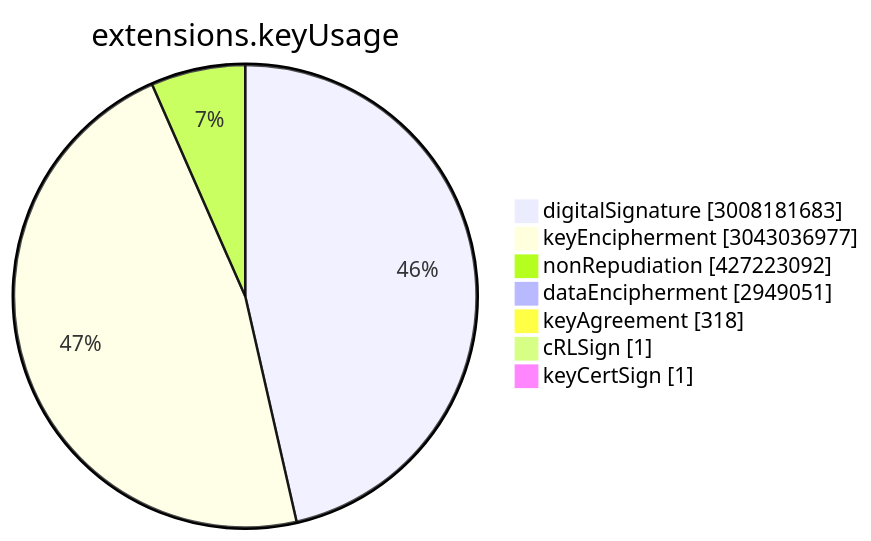
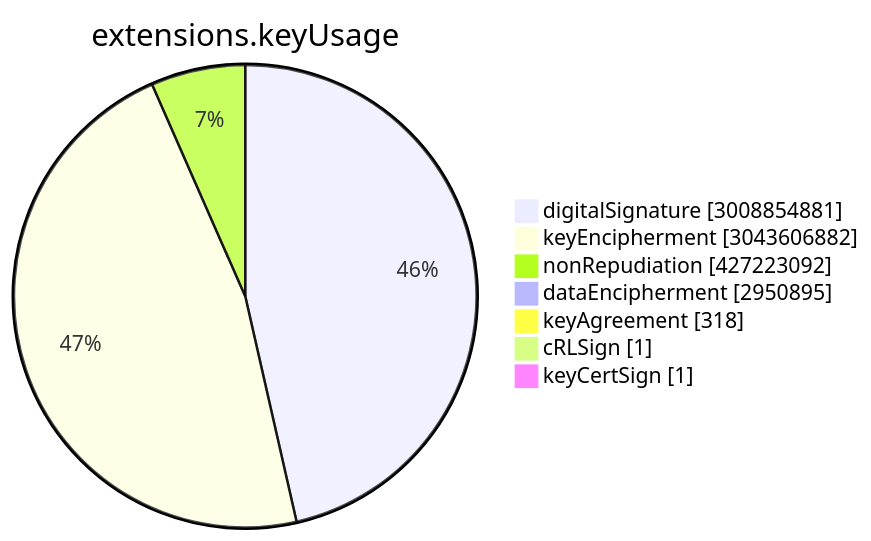
One commit to christiankrug/ctmonitor_visualization changed the sixth of 15 diagrams in TOTAL/README.md. Above: the diagram before and after it, drawn with Mermaid. The commit also changed other lines of this file, not shown here.

````diff
--- a/TOTAL/README.md
+++ b/TOTAL/README.md
@@ -3074,11 +3075,11 @@
 ```mermaid
 pie showData
 title extensions.keyUsage
-"digitalSignature" :3008181683
-"keyEncipherment" :3043036977
+"digitalSignature" :3008854881
+"keyEncipherment" :3043606882
 "nonRepudiation" :427223092
-"dataEncipherment" :2949051
+"dataEncipherment" :2950895
 "keyAgreement" :318
 "cRLSign" :1
 "keyCertSign" :1
 ```
````
